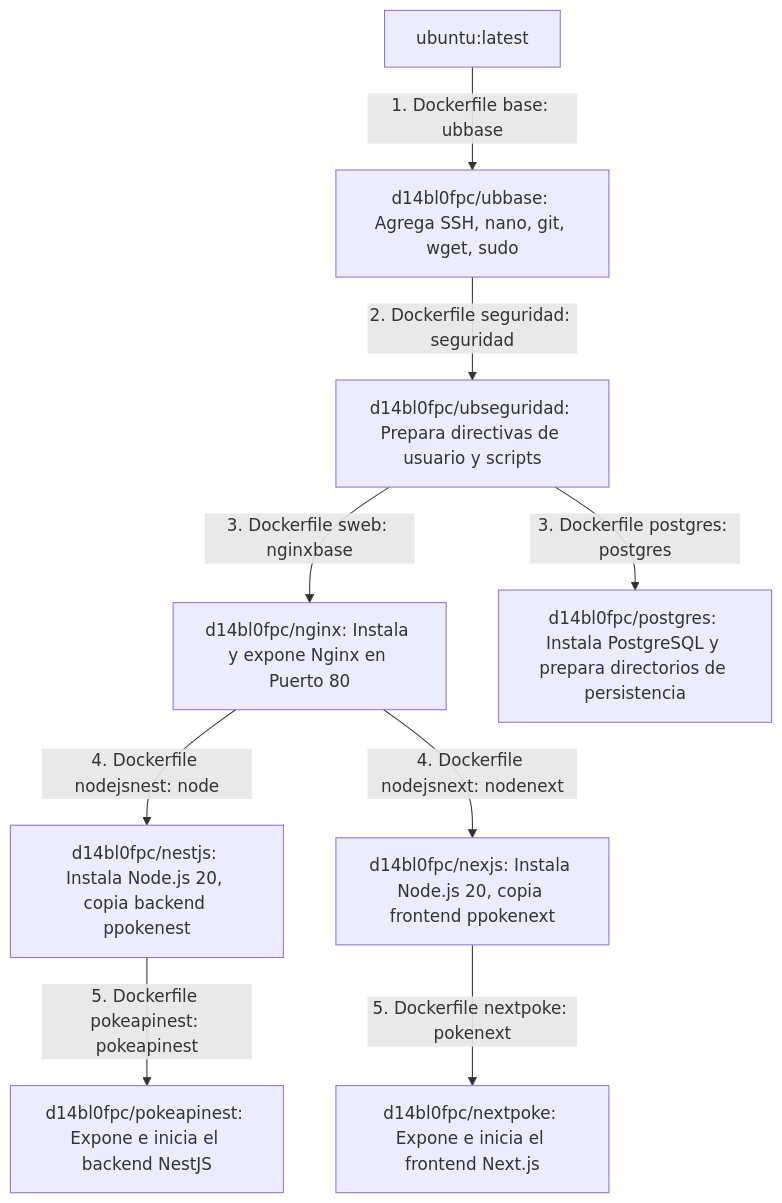
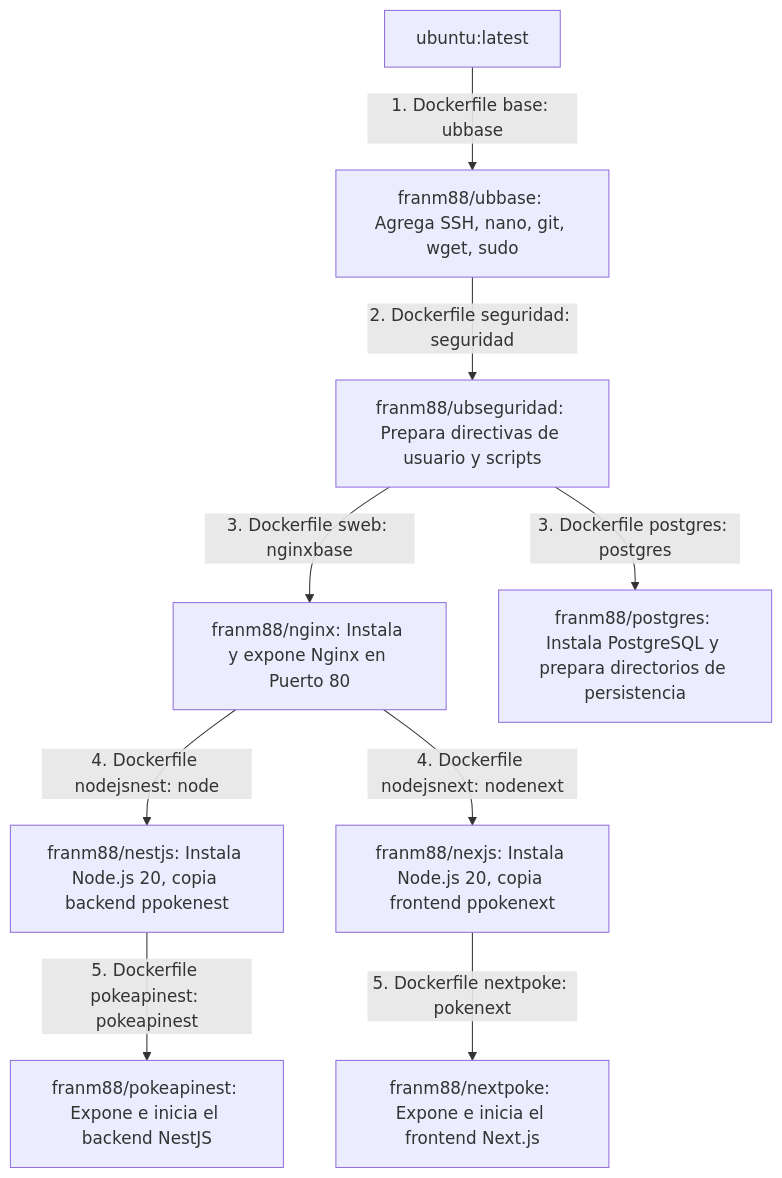
The diagram in plan_despliegue.md (D14BL0-FPC/Proyecto-Morgado), drawn with Mermaid before and after one commit. The commit also changed 19 other files, not shown here.

````diff
--- a/plan_despliegue.md
+++ b/plan_despliegue.md
@@ -45,14 +45,14 @@
 ```mermaid
 graph TD
-    Ubuntu[ubuntu:latest] -->|1. Dockerfile base: ubbase| Base[d14bl0fpc/ubbase: Agrega SSH, nano, git, wget, sudo]
-    Base -->|2. Dockerfile seguridad: seguridad| Security[d14bl0fpc/ubseguridad: Prepara directivas de usuario y scripts]
-    Security -->|3. Dockerfile sweb: nginxbase| Nginx[d14bl0fpc/nginx: Instala y expone Nginx en Puerto 80]
+    Ubuntu[ubuntu:latest] -->|1. Dockerfile base: ubbase| Base[franm88/ubbase: Agrega SSH, nano, git, wget, sudo]
+    Base -->|2. Dockerfile seguridad: seguridad| Security[franm88/ubseguridad: Prepara directivas de usuario y scripts]
+    Security -->|3. Dockerfile sweb: nginxbase| Nginx[franm88/nginx: Instala y expone Nginx en Puerto 80]
     
-    Nginx -->|4. Dockerfile nodejsnest: node| NestBase[d14bl0fpc/nestjs: Instala Node.js 20, copia backend ppokenest]
-    NestBase -->|5. Dockerfile pokeapinest: pokeapinest| NestApp[d14bl0fpc/pokeapinest: Expone e inicia el backend NestJS]
+    Nginx -->|4. Dockerfile nodejsnest: node| NestBase[franm88/nestjs: Instala Node.js 20, copia backend ppokenest]
+    NestBase -->|5. Dockerfile pokeapinest: pokeapinest| NestApp[franm88/pokeapinest: Expone e inicia el backend NestJS]
     
-    Nginx -->|4. Dockerfile nodejsnext: nodenext| NextBase[d14bl0fpc/nexjs: Instala Node.js 20, copia frontend ppokenext]
-    NextBase -->|5. Dockerfile nextpoke: pokenext| NextApp[d14bl0fpc/nextpoke: Expone e inicia el frontend Next.js]
+    Nginx -->|4. Dockerfile nodejsnext: nodenext| NextBase[franm88/nexjs: Instala Node.js 20, copia frontend ppokenext]
+    NextBase -->|5. Dockerfile nextpoke: pokenext| NextApp[franm88/nextpoke: Expone e inicia el frontend Next.js]
     
-    Security -->|3. Dockerfile postgres: postgres| PostgresApp[d14bl0fpc/postgres: Instala PostgreSQL y prepara directorios de persistencia]
+    Security -->|3. Dockerfile postgres: postgres| PostgresApp[franm88/postgres: Instala PostgreSQL y prepara directorios de persistencia]
 ```
````
